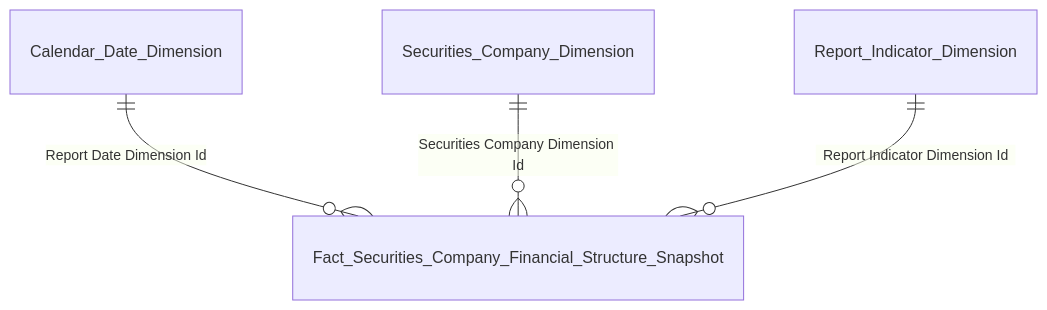
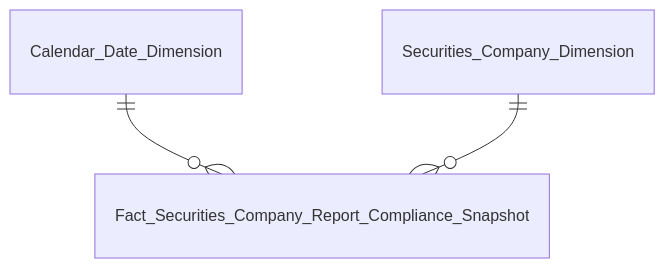
Before and after one commit to linhlvit/ubck_atomic_design: the sixth of 7 diagrams in Datamart/hld/DTM_QLKD_Entities.md, drawn with Mermaid. The commit also changed other lines of this file and 35 other files, not shown here.

````diff
--- a/Datamart/hld/DTM_QLKD_Entities.md
+++ b/Datamart/hld/DTM_QLKD_Entities.md
@@ -111,6 +113,5 @@
 ```mermaid
 erDiagram
-    Calendar_Date_Dimension ||--o{ Fact_Securities_Company_Financial_Structure_Snapshot : "Report Date Dimension Id"
-    Securities_Company_Dimension ||--o{ Fact_Securities_Company_Financial_Structure_Snapshot : "Securities Company Dimension Id"
-    Report_Indicator_Dimension ||--o{ Fact_Securities_Company_Financial_Structure_Snapshot : "Report Indicator Dimension Id"
+    Calendar_Date_Dimension ||--o{ Fact_Securities_Company_Report_Compliance_Snapshot : " "
+    Securities_Company_Dimension ||--o{ Fact_Securities_Company_Report_Compliance_Snapshot : " "
 ```
````
